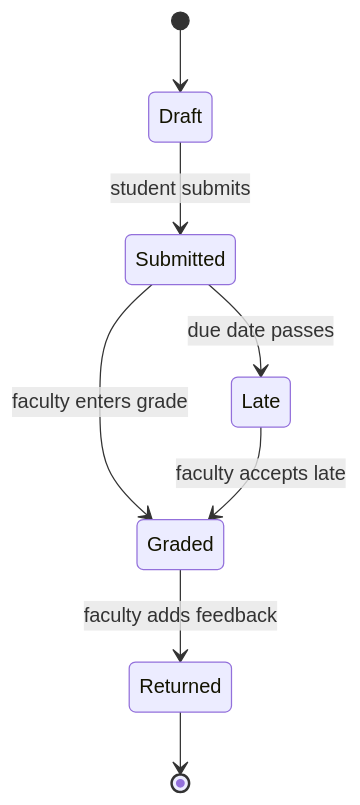
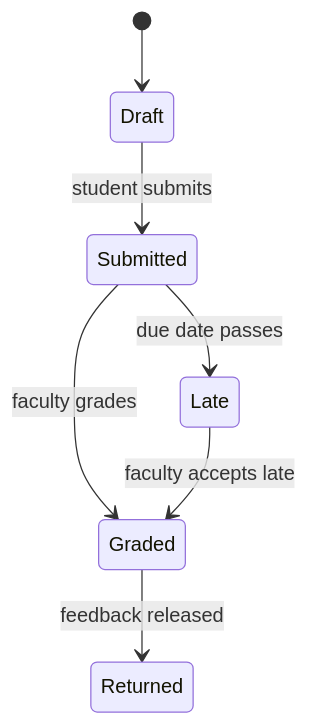
One commit to Amanda2026-crypto/smart-campus-connect changed the second of 4 diagrams in state-transition-diagrams.md. Above: the diagram before and after it, drawn with Mermaid. The commit also changed other lines of this file, not shown here.

````diff
--- a/state-transition-diagrams.md
+++ b/state-transition-diagrams.md
@@ -71,10 +38,9 @@
 ```mermaid
 stateDiagram-v2
     [*] --> Draft
     Draft --> Submitted : student submits
     Submitted --> Late : due date passes
-    Submitted --> Graded : faculty enters grade
+    Submitted --> Graded : faculty grades
     Late --> Graded : faculty accepts late
-    Graded --> Returned : faculty adds feedback
-    Returned --> [*]
+    Graded --> Returned : feedback released
 ```
````
